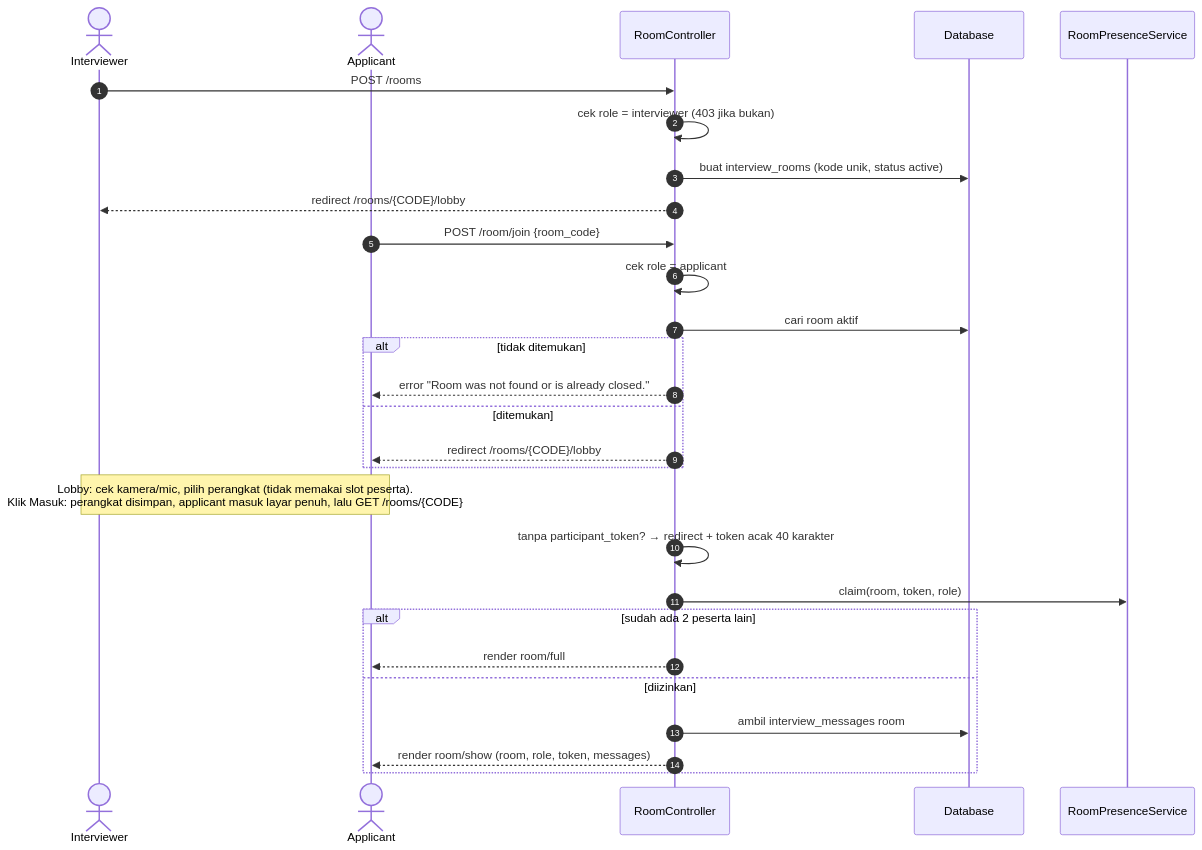
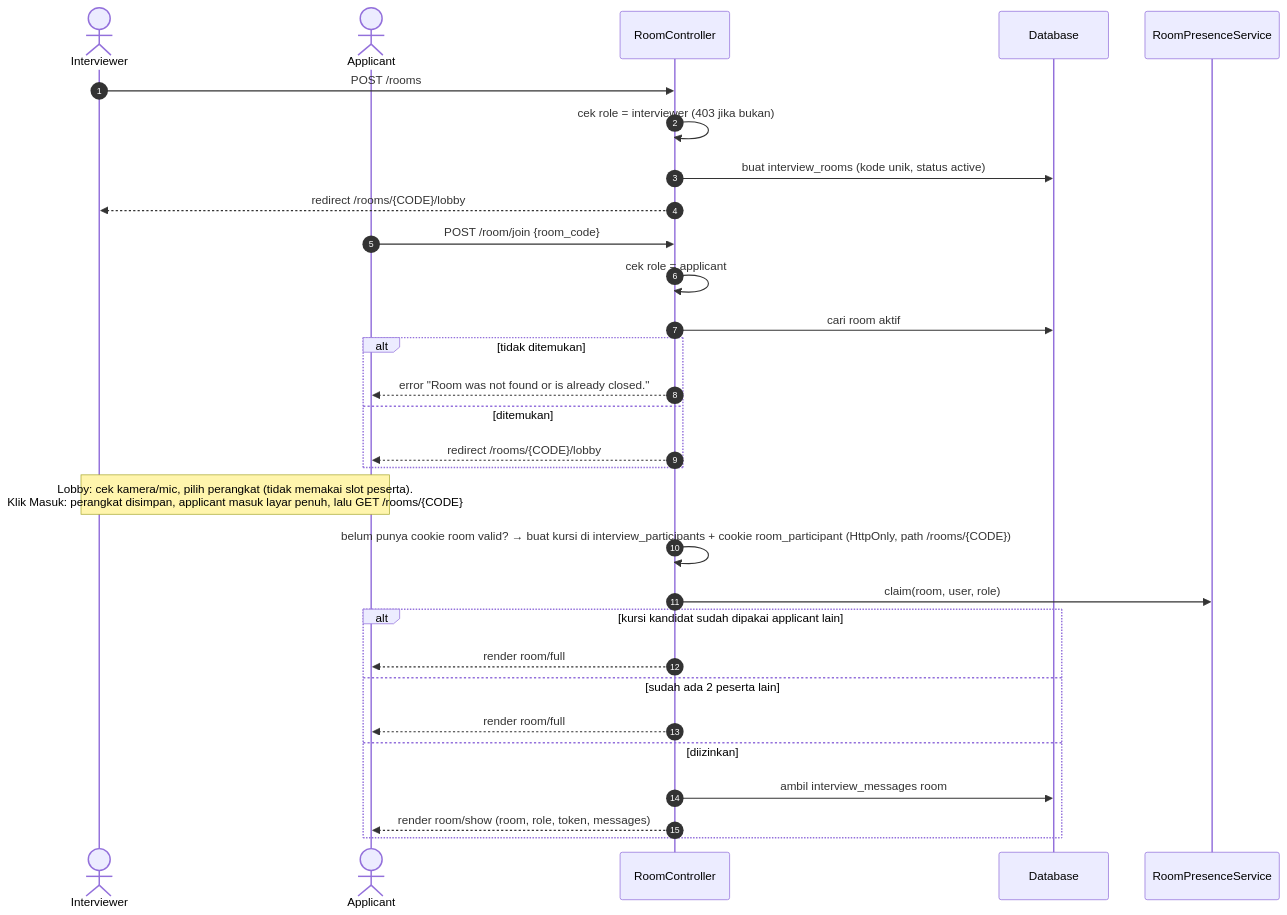
Before and after one commit to MRadhityaUtomo/ai-interviewer-test: the third of 10 diagrams in docs/FLOWS.md, drawn with Mermaid. The commit also changed other lines of this file and 37 other files, not shown here.

````diff
--- a/docs/FLOWS.md
+++ b/docs/FLOWS.md
@@ -74,33 +74,35 @@
 ```mermaid
 sequenceDiagram
     autonumber
     actor IV as Interviewer
     actor AP as Applicant
     participant RC as RoomController
     participant DB as Database
     participant PS as RoomPresenceService
 
     IV->>RC: POST /rooms
     RC->>RC: cek role = interviewer (403 jika bukan)
     RC->>DB: buat interview_rooms (kode unik, status active)
     RC-->>IV: redirect /rooms/{CODE}/lobby
 
     AP->>RC: POST /room/join {room_code}
     RC->>RC: cek role = applicant
     RC->>DB: cari room aktif
     alt tidak ditemukan
         RC-->>AP: error "Room was not found or is already closed."
     else ditemukan
         RC-->>AP: redirect /rooms/{CODE}/lobby
     end
 
     Note over IV,AP: Lobby: cek kamera/mic, pilih perangkat (tidak memakai slot peserta).<br/>Klik Masuk: perangkat disimpan, applicant masuk layar penuh, lalu GET /rooms/{CODE}
-    RC->>RC: tanpa participant_token? → redirect + token acak 40 karakter
-    RC->>PS: claim(room, token, role)
-    alt sudah ada 2 peserta lain
+    RC->>RC: belum punya cookie room valid? → buat kursi di interview_participants + cookie room_participant (HttpOnly, path /rooms/{CODE})
+    RC->>PS: claim(room, user, role)
+    alt kursi kandidat sudah dipakai applicant lain
+        RC-->>AP: render room/full
+    else sudah ada 2 peserta lain
         RC-->>AP: render room/full
     else diizinkan
         RC->>DB: ambil interview_messages room
         RC-->>AP: render room/show (room, role, token, messages)
     end
 ```
````
